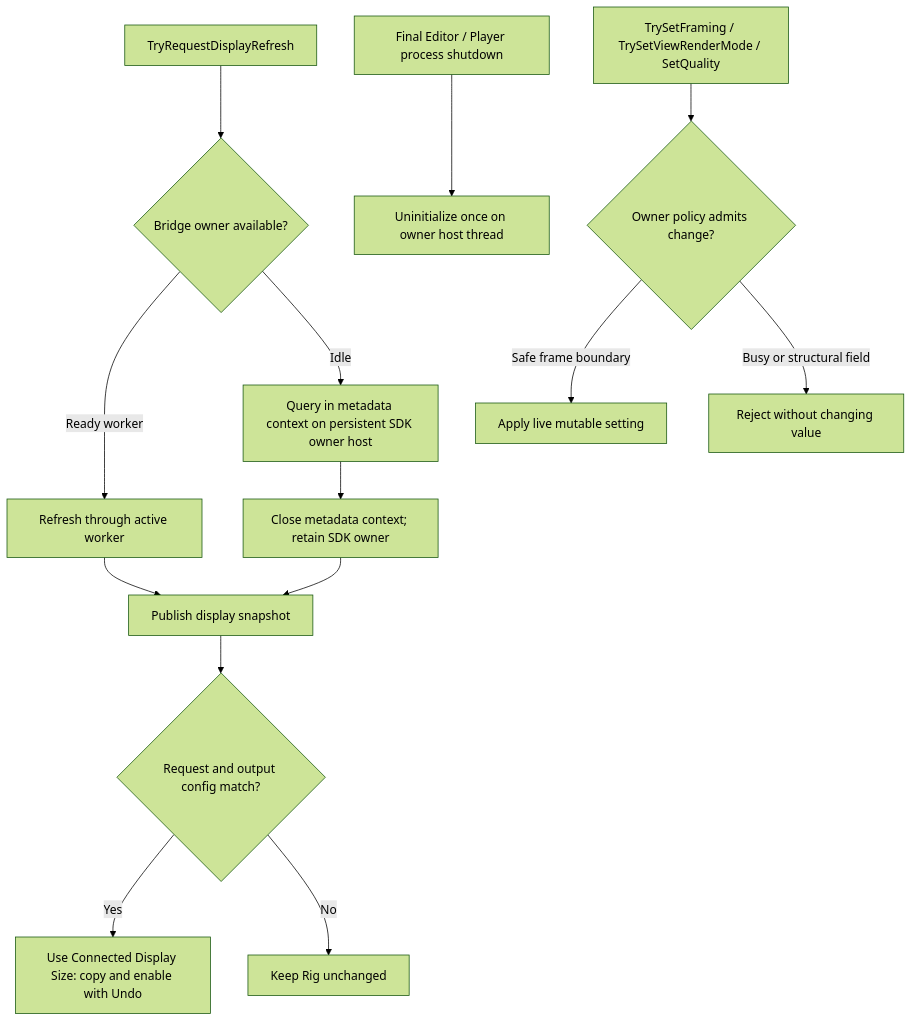
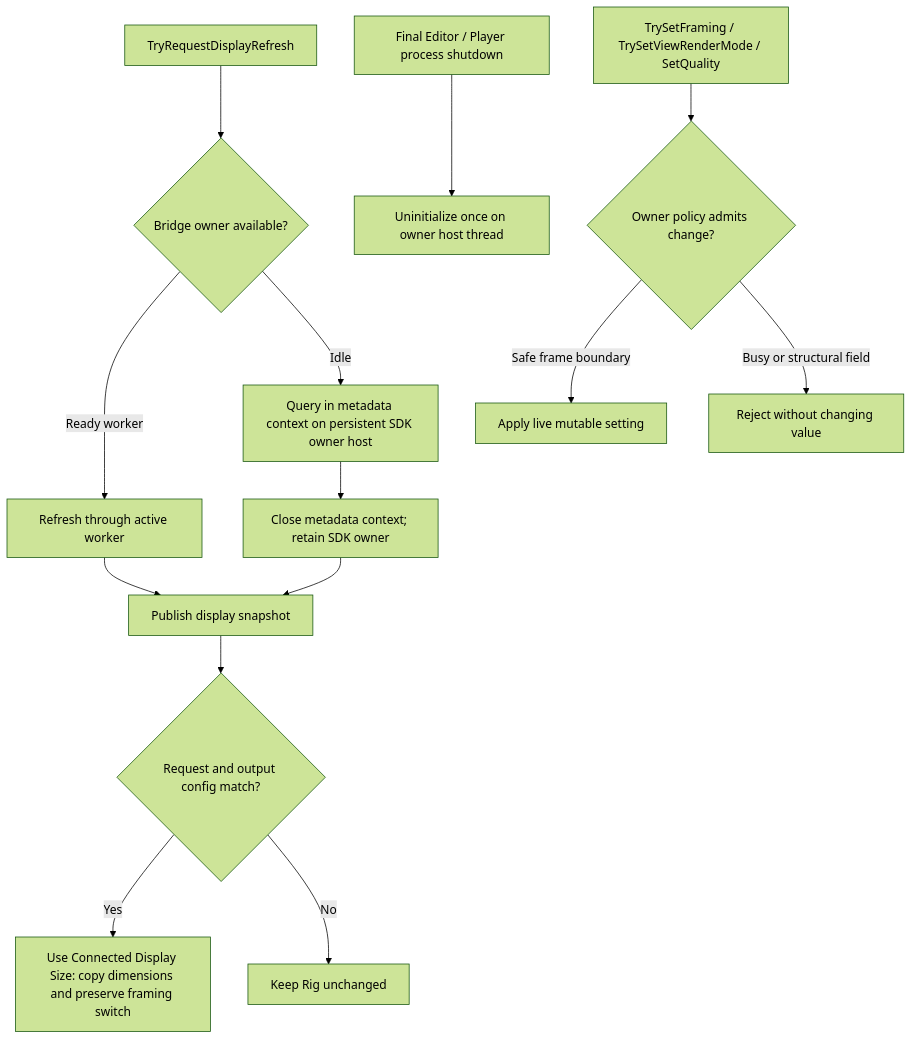
Before and after one commit to zabaglione/ViewWeave: the second of 4 diagrams in docs/quilt-authoring.md, drawn with Mermaid (forest theme). The commit also changed other lines of this file and 17 other files, not shown here.

````diff
--- a/docs/quilt-authoring.md
+++ b/docs/quilt-authoring.md
@@ -64,16 +64,16 @@
 ```mermaid
 flowchart TB
     Refresh["TryRequestDisplayRefresh"] --> Owner{"Bridge owner available?"}
     Owner -->|Ready worker| Live["Refresh through active worker"]
     Owner -->|Idle| Metadata["Query in metadata context on persistent SDK owner host"]
     Live --> Snapshot["Publish display snapshot"]
     Metadata --> ContextClose["Close metadata context; retain SDK owner"]
     ContextClose --> Snapshot
     ProcessExit["Final Editor / Player process shutdown"] --> Uninitialize["Uninitialize once on owner host thread"]
     Snapshot --> Match{"Request and output config match?"}
-    Match -->|Yes| Apply["Use Connected Display Size: copy and enable with Undo"]
+    Match -->|Yes| Apply["Use Connected Display Size: copy dimensions and preserve framing switch"]
     Match -->|No| Keep["Keep Rig unchanged"]
     Mutate["TrySetFraming / TrySetViewRenderMode / SetQuality"] --> Policy{"Owner policy admits change?"}
     Policy -->|Safe frame boundary| ApplyLive["Apply live mutable setting"]
     Policy -->|Busy or structural field| Reject["Reject without changing value"]
 ```
````
